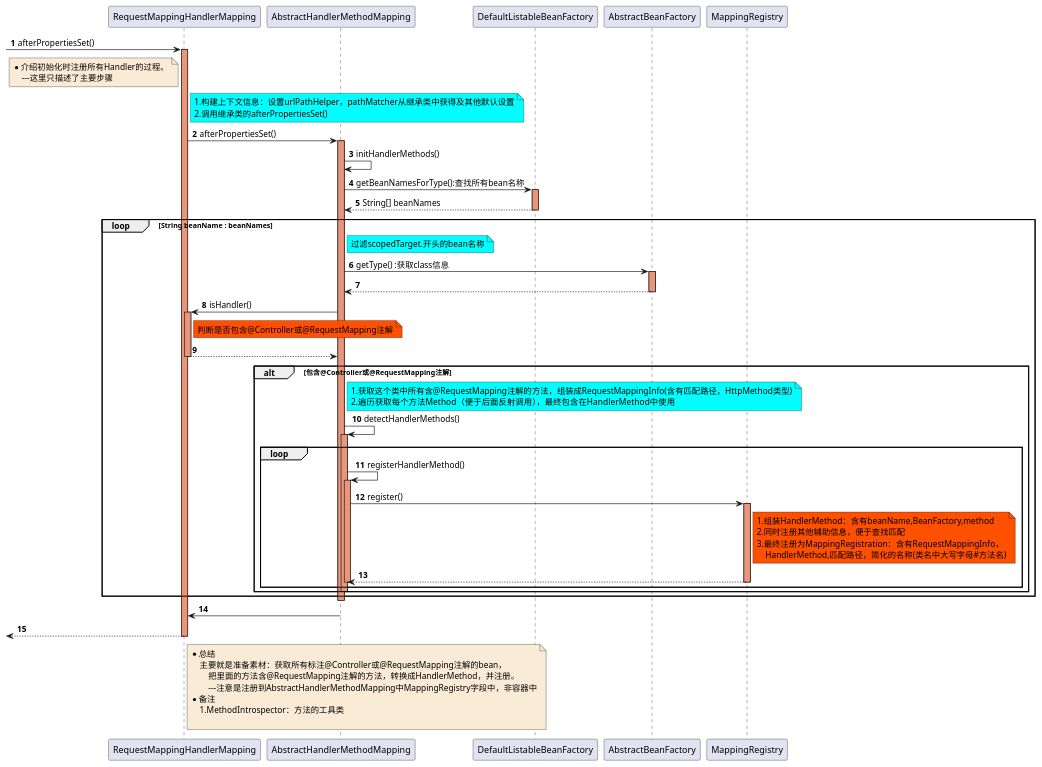
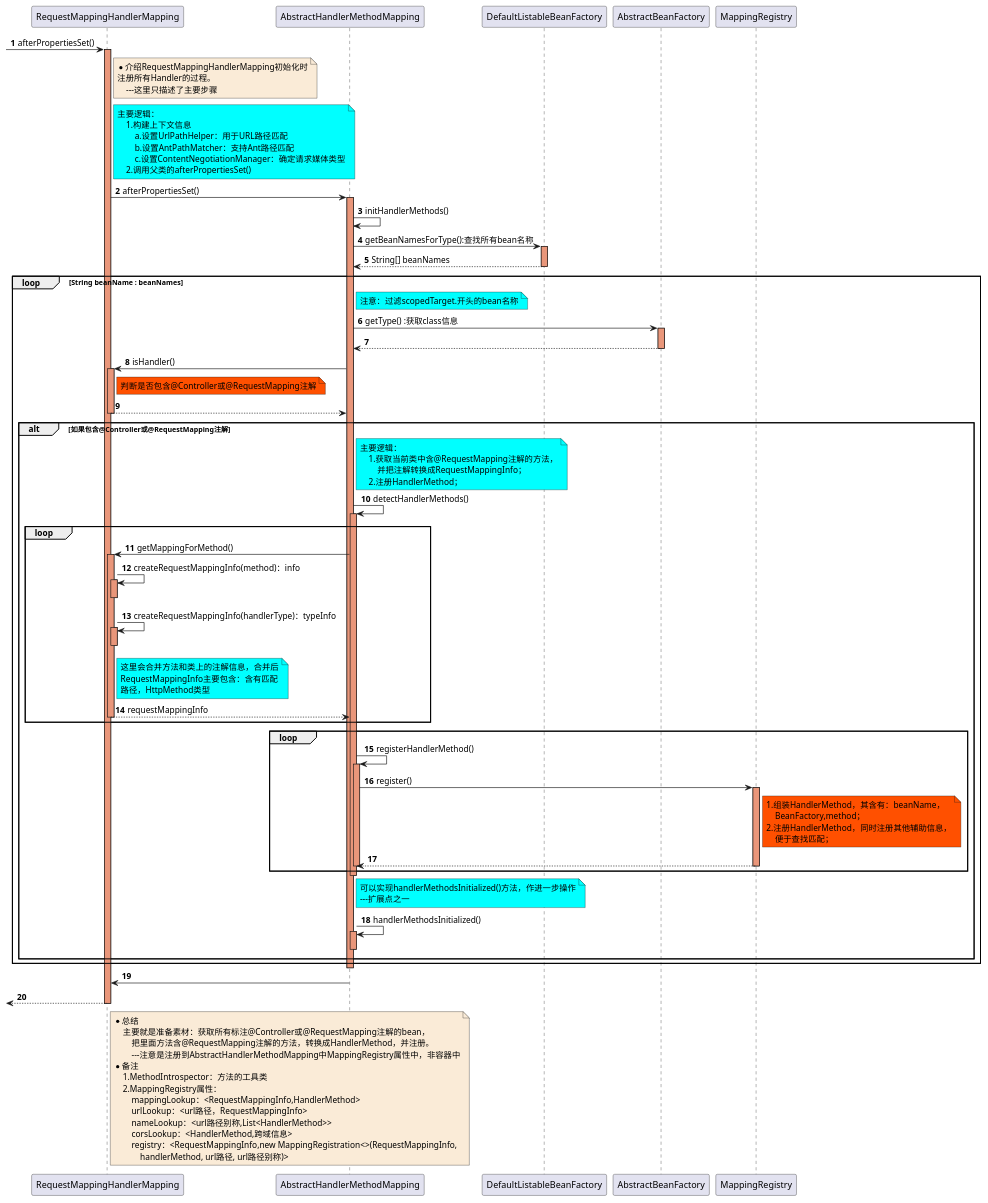
Before and after one commit to czwer/learn-spring-code: the diagram in document/spring/mvc/sequence/MVC-RegisterHandlerMethod-RequestMappingHandlerMapping_afterPropertiesSet-sequence.puml, drawn with PlantUML. The commit also changed 33 other files, not shown here.

Commit message:
MVC相关时序图，类图修改

```diff
--- a/document/spring/mvc/sequence/MVC-RegisterHandlerMethod-RequestMappingHandlerMapping_afterPropertiesSet-sequence.puml
+++ b/document/spring/mvc/sequence/MVC-RegisterHandlerMethod-RequestMappingHandlerMapping_afterPropertiesSet-sequence.puml
@@ -1,95 +1,141 @@
 @startuml
 autonumber
 
 -> RequestMappingHandlerMapping: afterPropertiesSet()
 activate RequestMappingHandlerMapping #DarkSalmon
 
-note left of RequestMappingHandlerMapping #FAEBD7
-    *介绍初始化时注册所有Handler的过程。
+note right of RequestMappingHandlerMapping #FAEBD7
+    *介绍RequestMappingHandlerMapping初始化时
+    注册所有Handler的过程。
         ---这里只描述了主要步骤
 end note
     note right of RequestMappingHandlerMapping #aqua
-        1.构建上下文信息：设置urlPathHelper，pathMatcher从继承类中获得及其他默认设置
-        2.调用继承类的afterPropertiesSet()
+        主要逻辑：
+            1.构建上下文信息
+                a.设置UrlPathHelper：用于URL路径匹配
+                b.设置AntPathMatcher：支持Ant路径匹配
+                c.设置ContentNegotiationManager：确定请求媒体类型
+            2.调用父类的afterPropertiesSet()
     end note
 
     RequestMappingHandlerMapping -> AbstractHandlerMethodMapping : afterPropertiesSet()
     activate AbstractHandlerMethodMapping #DarkSalmon
 
         AbstractHandlerMethodMapping -> AbstractHandlerMethodMapping : initHandlerMethods()
 
             AbstractHandlerMethodMapping -> DefaultListableBeanFactory : getBeanNamesForType():查找所有bean名称
             activate DefaultListableBeanFactory #DarkSalmon
             DefaultListableBeanFactory --> AbstractHandlerMethodMapping : String[] beanNames
             deactivate DefaultListableBeanFactory
 
             loop String beanName : beanNames
                 note right of AbstractHandlerMethodMapping #aqua
-                    过滤scopedTarget.开头的bean名称
+                    注意：过滤scopedTarget.开头的bean名称
                 end note
                 AbstractHandlerMethodMapping -> AbstractBeanFactory : getType() :获取class信息
                 activate AbstractBeanFactory #DarkSalmon
                 AbstractBeanFactory --> AbstractHandlerMethodMapping
                 deactivate AbstractBeanFactory
 
                 AbstractHandlerMethodMapping -> RequestMappingHandlerMapping : isHandler()
                 activate RequestMappingHandlerMapping #DarkSalmon
                     note right of RequestMappingHandlerMapping #FF5000
                         判断是否包含@Controller或@RequestMapping注解
                     end note
                 RequestMappingHandlerMapping --> AbstractHandlerMethodMapping
                 deactivate RequestMappingHandlerMapping
 
-                alt 包含@Controller或@RequestMapping注解
+                alt 如果包含@Controller或@RequestMapping注解
 
                     note right of AbstractHandlerMethodMapping #aqua
-                        1.获取这个类中所有含@RequestMapping注解的方法，组装成RequestMappingInfo(含有匹配路径，HttpMethod类型)
-                        2.遍历获取每个方法Method（便于后面反射调用），最终包含在HandlerMethod中使用
+                        主要逻辑：
+                            1.获取当前类中含@RequestMapping注解的方法，
+                                并把注解转换成RequestMappingInfo；
+                            2.注册HandlerMethod；
                     end note
                     AbstractHandlerMethodMapping -> AbstractHandlerMethodMapping : detectHandlerMethods()
                     activate AbstractHandlerMethodMapping #DarkSalmon
+
+                        loop
+
+                            AbstractHandlerMethodMapping -> RequestMappingHandlerMapping : getMappingForMethod()
+                            activate RequestMappingHandlerMapping #DarkSalmon
+
+                                RequestMappingHandlerMapping -> RequestMappingHandlerMapping : createRequestMappingInfo(method)：info
+                                activate RequestMappingHandlerMapping #DarkSalmon
+                                deactivate RequestMappingHandlerMapping
+
+                                RequestMappingHandlerMapping -> RequestMappingHandlerMapping : createRequestMappingInfo(handlerType)：typeInfo
+                                activate RequestMappingHandlerMapping #DarkSalmon
+                                deactivate RequestMappingHandlerMapping
+
+                                note right of RequestMappingHandlerMapping #aqua
+                                    这里会合并方法和类上的注解信息，合并后
+                                    RequestMappingInfo主要包含：含有匹配
+                                    路径，HttpMethod类型
+                                end note
+
+                            RequestMappingHandlerMapping --> AbstractHandlerMethodMapping : requestMappingInfo
+                            deactivate RequestMappingHandlerMapping
+
+                        end
 
                         loop
                             AbstractHandlerMethodMapping -> AbstractHandlerMethodMapping : registerHandlerMethod()
                             activate AbstractHandlerMethodMapping #DarkSalmon
 
                                 AbstractHandlerMethodMapping -> MappingRegistry : register()
                                 activate MappingRegistry #DarkSalmon
                                     note right of MappingRegistry #FF5000
-                                        1.组装HandlerMethod：含有beanName,BeanFactory,method
-                                        2.同时注册其他辅助信息，便于查找匹配
-                                        3.最终注册为MappingRegistration：含有RequestMappingInfo，
-                                            HandlerMethod,匹配路径，简化的名称(类名中大写字母#方法名)
+                                        1.组装HandlerMethod，其含有：beanName，
+                                            BeanFactory,method；
+                                        2.注册HandlerMethod，同时注册其他辅助信息，
+                                            便于查找匹配；
                                     end note
                                 MappingRegistry --> AbstractHandlerMethodMapping
                                 deactivate MappingRegistry
 
                             deactivate AbstractHandlerMethodMapping
                         end
 
                     deactivate AbstractHandlerMethodMapping
+
+                    note right of AbstractHandlerMethodMapping #aqua
+                        可以实现handlerMethodsInitialized()方法，作进一步操作
+                        ---扩展点之一
+                    end note
+                    AbstractHandlerMethodMapping -> AbstractHandlerMethodMapping:handlerMethodsInitialized()
+                    activate AbstractHandlerMethodMapping  #DarkSalmon
+                    deactivate AbstractHandlerMethodMapping
+
                 end
 
             end
 
 
         activate AbstractHandlerMethodMapping #DarkSalmon
         deactivate AbstractHandlerMethodMapping
 
     AbstractHandlerMethodMapping -> RequestMappingHandlerMapping
     deactivate AbstractHandlerMethodMapping
 
 <-- RequestMappingHandlerMapping
 deactivate RequestMappingHandlerMapping
 
 note right of RequestMappingHandlerMapping #FAEBD7
     *总结
         主要就是准备素材：获取所有标注@Controller或@RequestMapping注解的bean，
-            把里面的方法含@RequestMapping注解的方法，转换成HandlerMethod，并注册。
-            ---注意是注册到AbstractHandlerMethodMapping中MappingRegistry字段中，非容器中
+            把里面方法含@RequestMapping注解的方法，转换成HandlerMethod，并注册。
+            ---注意是注册到AbstractHandlerMethodMapping中MappingRegistry属性中，非容器中
     *备注
         1.MethodIntrospector：方法的工具类
-
+        2.MappingRegistry属性：
+            mappingLookup：<RequestMappingInfo,HandlerMethod>
+            urlLookup：<url路径，RequestMappingInfo>
+            nameLookup：<url路径别称,List<HandlerMethod>>
+            corsLookup：<HandlerMethod,跨域信息>
+            registry：<RequestMappingInfo,new MappingRegistration<>(RequestMappingInfo,
+                handlerMethod, url路径, url路径别称)>
 end note
 
 @enduml
```
